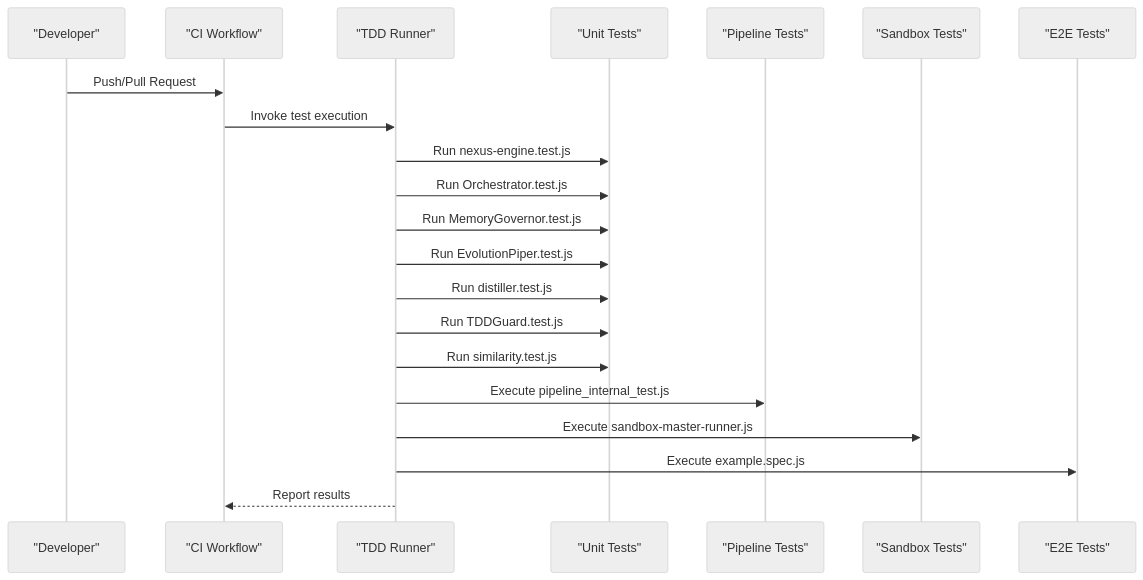
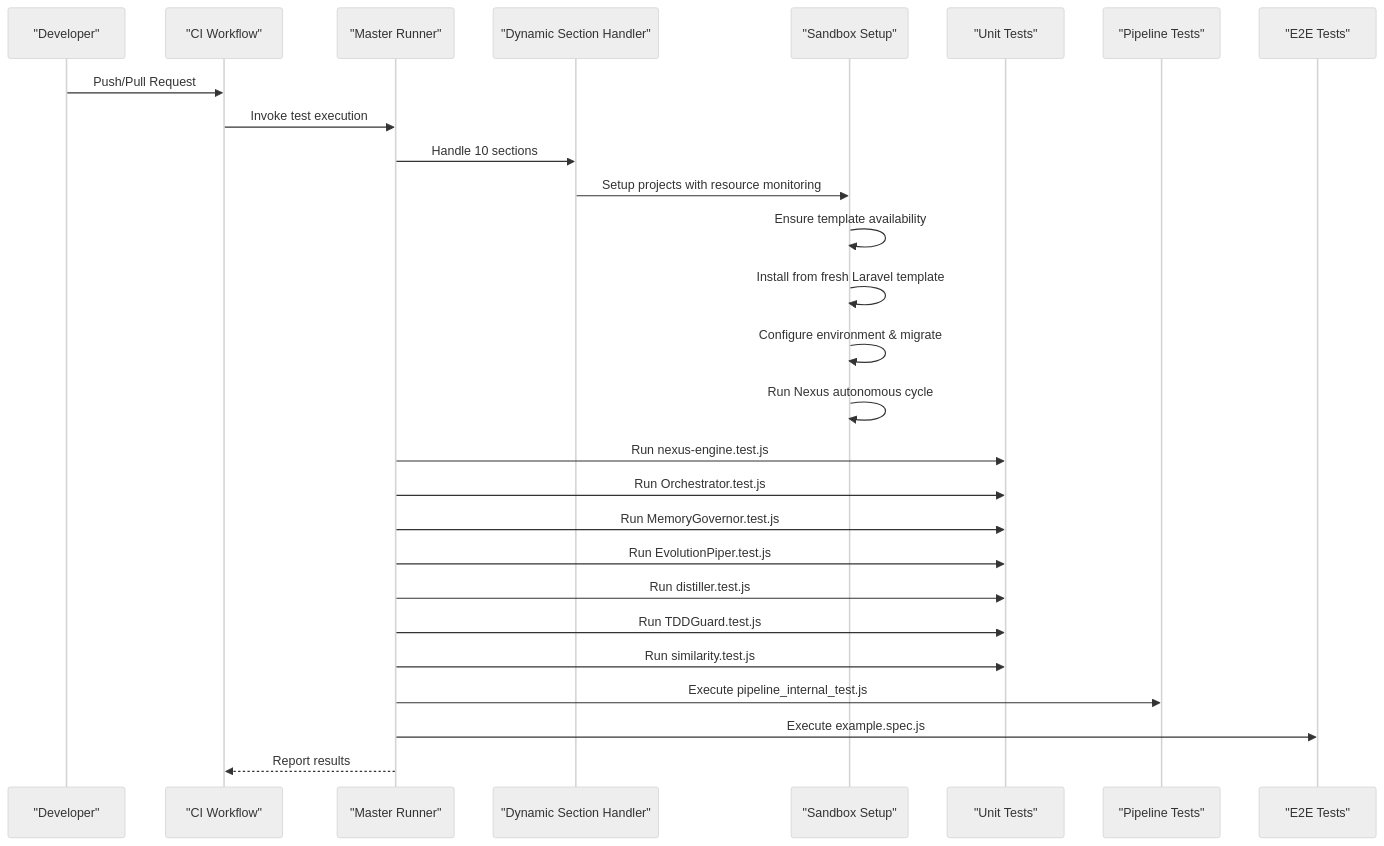
The second of 12 diagrams in .qoder/repowiki/en/content/Testing Framework.md (Faisal-Trainer/Human-AI-Nexus), drawn with Mermaid (neutral theme) before and after one commit. The commit also changed other lines of this file and 21 other files, not shown here.

````diff
--- a/.qoder/repowiki/en/content/Testing Framework.md
+++ b/.qoder/repowiki/en/content/Testing Framework.md
@@ -261,23 +290,29 @@
 ```mermaid
 sequenceDiagram
 participant Dev as "Developer"
 participant CI as "CI Workflow"
-participant Runner as "TDD Runner"
+participant Master as "Master Runner"
+participant Dynamic as "Dynamic Section Handler"
+participant Sandbox as "Sandbox Setup"
 participant Unit as "Unit Tests"
 participant Pipe as "Pipeline Tests"
-participant Sand as "Sandbox Tests"
 participant E2E as "E2E Tests"
 Dev->>CI : Push/Pull Request
-CI->>Runner : Invoke test execution
-Runner->>Unit : Run nexus-engine.test.js
-Runner->>Unit : Run Orchestrator.test.js
-Runner->>Unit : Run MemoryGovernor.test.js
-Runner->>Unit : Run EvolutionPiper.test.js
-Runner->>Unit : Run distiller.test.js
-Runner->>Unit : Run TDDGuard.test.js
-Runner->>Unit : Run similarity.test.js
-Runner->>Pipe : Execute pipeline_internal_test.js
-Runner->>Sand : Execute sandbox-master-runner.js
-Runner->>E2E : Execute example.spec.js
-Runner-->>CI : Report results
+CI->>Master : Invoke test execution
+Master->>Dynamic : Handle 10 sections
+Dynamic->>Sandbox : Setup projects with resource monitoring
+Sandbox->>Sandbox : Ensure template availability
+Sandbox->>Sandbox : Install from fresh Laravel template
+Sandbox->>Sandbox : Configure environment & migrate
+Sandbox->>Sandbox : Run Nexus autonomous cycle
+Master->>Unit : Run nexus-engine.test.js
+Master->>Unit : Run Orchestrator.test.js
+Master->>Unit : Run MemoryGovernor.test.js
+Master->>Unit : Run EvolutionPiper.test.js
+Master->>Unit : Run distiller.test.js
+Master->>Unit : Run TDDGuard.test.js
+Master->>Unit : Run similarity.test.js
+Master->>Pipe : Execute pipeline_internal_test.js
+Master->>E2E : Execute example.spec.js
+Master-->>CI : Report results
 ```
````
